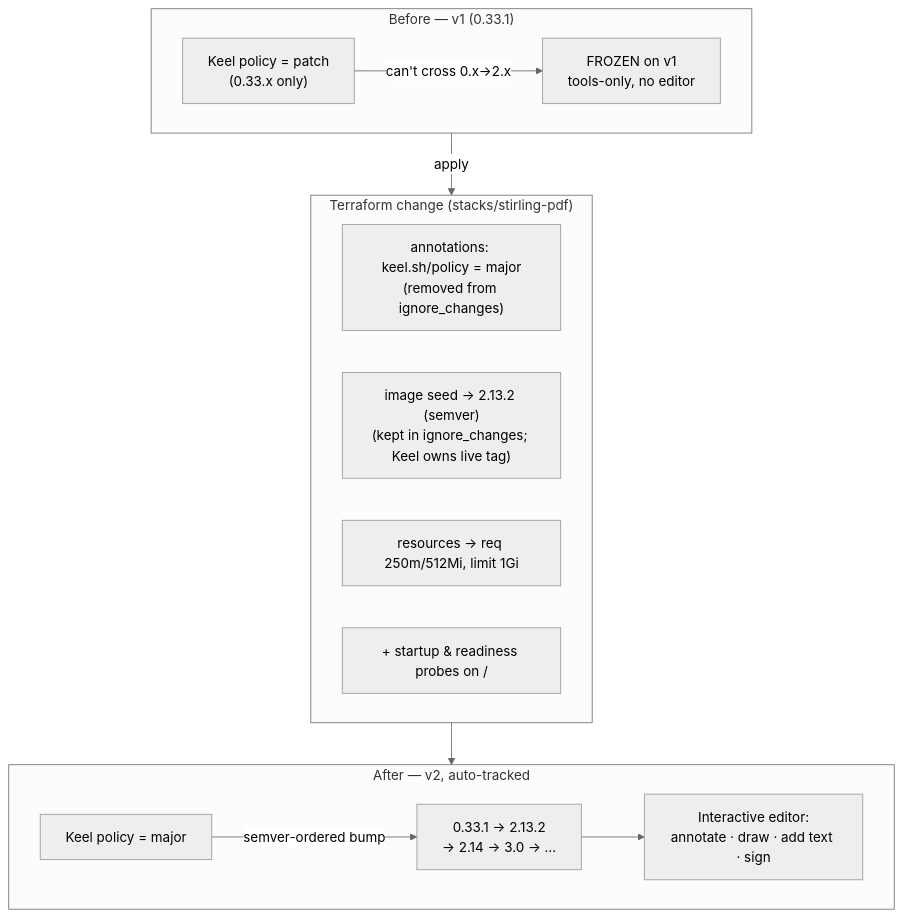
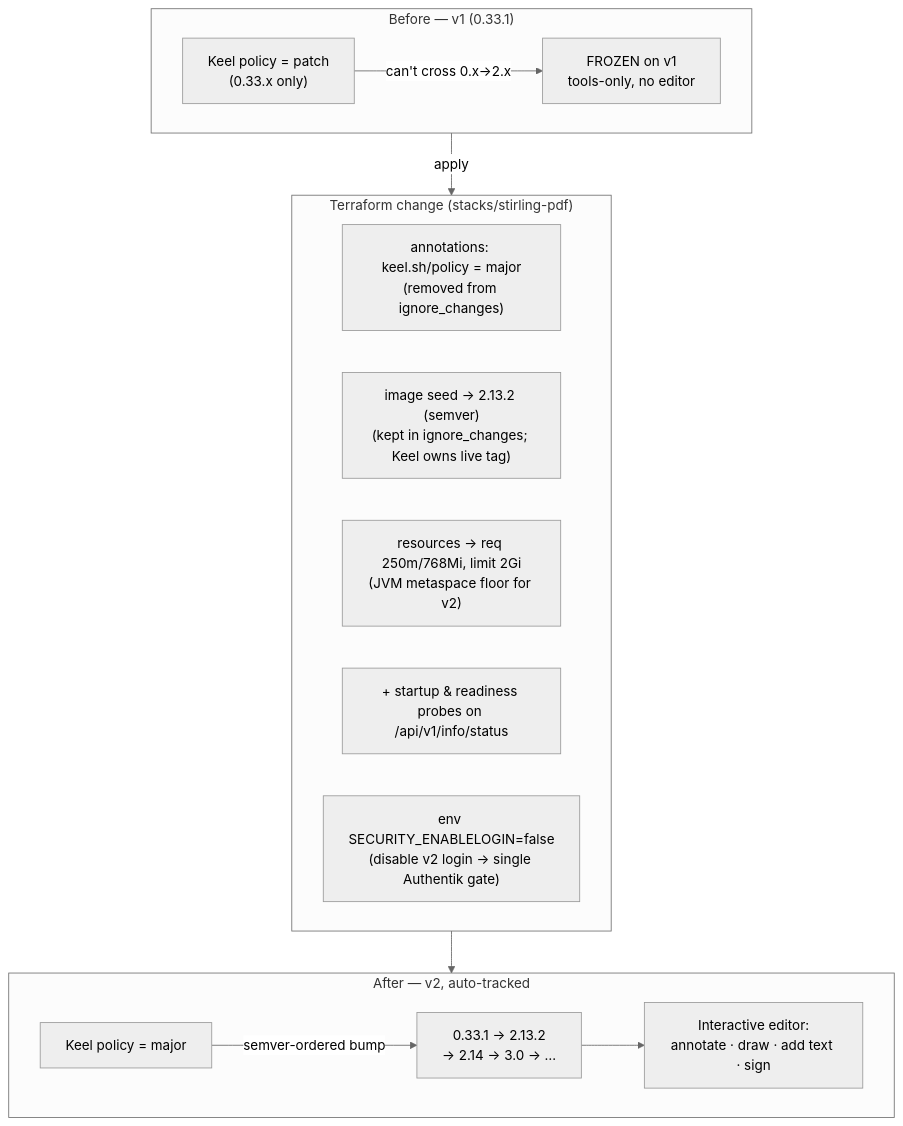
Before and after one commit to ViktorBarzin/infra: the first of 2 diagrams in docs/plans/2026-07-16-stirling-pdf-v2-upgrade.md, drawn with Mermaid (neutral theme). The commit also changed other lines of this file and 1 other file, not shown here.

First line of the commit message:
stirling-pdf: fix v2 boot — 2Gi metaspace floor + disable built-in login

````diff
--- a/docs/plans/2026-07-16-stirling-pdf-v2-upgrade.md
+++ b/docs/plans/2026-07-16-stirling-pdf-v2-upgrade.md
@@ -65,20 +65,21 @@
 ```mermaid
 flowchart TD
     subgraph before["Before — v1 (0.33.1)"]
         A1["Keel policy = patch<br/>(0.33.x only)"] -->|"can't cross 0.x→2.x"| A2["FROZEN on v1<br/>tools-only, no editor"]
     end
 
     subgraph change["Terraform change (stacks/stirling-pdf)"]
         C1["annotations: keel.sh/policy = major<br/>(removed from ignore_changes)"]
         C2["image seed → 2.13.2 (semver)<br/>(kept in ignore_changes; Keel owns live tag)"]
-        C3["resources → req 250m/512Mi, limit 1Gi"]
-        C4["+ startup & readiness probes on /"]
+        C3["resources → req 250m/768Mi, limit 2Gi<br/>(JVM metaspace floor for v2)"]
+        C4["+ startup & readiness probes on /api/v1/info/status"]
+        C5["env SECURITY_ENABLELOGIN=false<br/>(disable v2 login → single Authentik gate)"]
     end
 
     subgraph after["After — v2, auto-tracked"]
         B1["Keel policy = major"] -->|"semver-ordered bump"| B2["0.33.1 → 2.13.2<br/>→ 2.14 → 3.0 → …"]
         B2 --> B3["Interactive editor:<br/>annotate · draw · add text · sign"]
     end
 
     before -->|"apply"| change --> after
 ```
````
